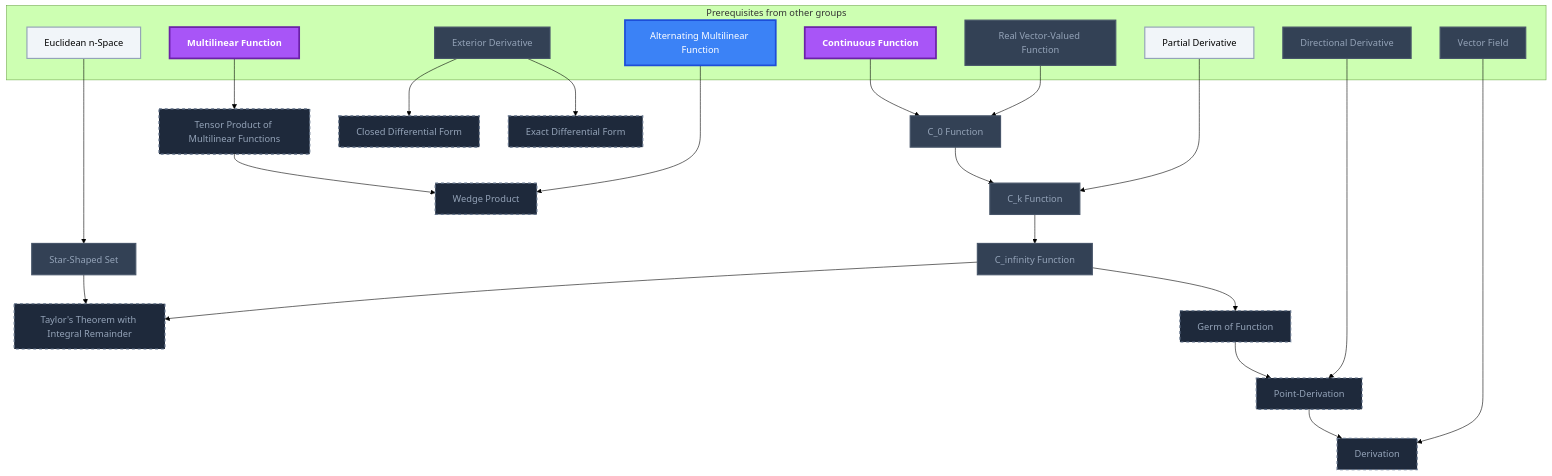
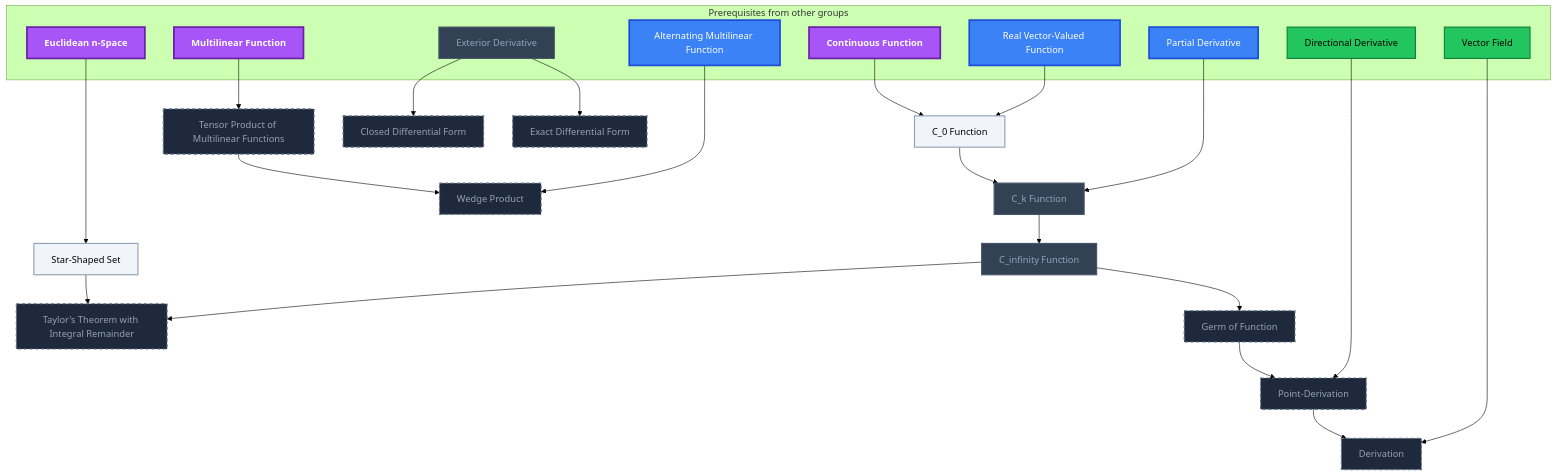
Diagram 12 of 21 in Gamification/Skill Trees/Differential Geometry.md (MRauf1/My-Notes), drawn with Mermaid (forest theme) before and after one commit. The commit also changed other lines of this file and 145 other files, not shown here.

````diff
--- a/Gamification/Skill Trees/Differential Geometry.md
+++ b/Gamification/Skill Trees/Differential Geometry.md
@@ -909,59 +923,60 @@
 ```mermaid
 flowchart TD
     classDef planned fill:#1E293B,stroke:#64748B,stroke-width:2px,stroke-dasharray:5 5,color:#94A3B8;
     classDef locked fill:#334155,stroke:#475569,stroke-width:2px,color:#94A3B8;
     classDef L0 fill:#F1F5F9,stroke:#94A3B8,stroke-width:2px,color:#000000;
     classDef L1 fill:#22C55E,stroke:#15803D,stroke-width:2px,color:#000000;
     classDef L2 fill:#3B82F6,stroke:#1D4ED8,stroke-width:3px,color:#FFFFFF;
     classDef L3 fill:#A855F7,stroke:#6B21A8,stroke-width:3px,color:#FFFFFF,font-weight:bold;
     classDef L4 fill:#F97316,stroke:#C2410C,stroke-width:4px,color:#000000,font-weight:bold;
     classDef L5 fill:#FFD700,stroke:#FF8C00,stroke-width:5px,color:#000000,font-weight:bold;
     classDef rusty stroke:#8B4513,stroke-width:4px,stroke-dasharray:3 3;
     subgraph sg_prereqs["Prerequisites from other groups"]
         n_continuous_function["Continuous Function"]
         n_real_vector_valued_function["Real Vector-Valued Function"]
         n_partial_derivative["Partial Derivative"]
         n_euclidean_n_space["Euclidean n-Space"]
         n_directional_derivative["Directional Derivative"]
         n_vector_field["Vector Field"]
         n_multilinear_function["Multilinear Function"]
         n_alternating_multilinear_function["Alternating Multilinear Function"]
         n_exterior_derivative["Exterior Derivative"]
     end
     n_c_0_function["C_0 Function"]
     n_c_k_function["C_k Function"]
     n_c_infinity_function["C_infinity Function"]
     n_star_shaped_set["Star-Shaped Set"]
     n_taylor_s_theorem_with_integral_remainder["Taylor's Theorem with Integral Remainder"]
     n_germ_of_function["Germ of Function"]
     n_point_derivation["Point-Derivation"]
     n_derivation["Derivation"]
     n_tensor_product_of_multilinear_functions["Tensor Product of Multilinear Functions"]
     n_wedge_product["Wedge Product"]
     n_closed_differential_form["Closed Differential Form"]
     n_exact_differential_form["Exact Differential Form"]
     n_continuous_function --> n_c_0_function
     n_real_vector_valued_function --> n_c_0_function
     n_c_0_function --> n_c_k_function
     n_partial_derivative --> n_c_k_function
     n_c_k_function --> n_c_infinity_function
     n_euclidean_n_space --> n_star_shaped_set
     n_star_shaped_set --> n_taylor_s_theorem_with_integral_remainder
     n_c_infinity_function --> n_taylor_s_theorem_with_integral_remainder
     n_c_infinity_function --> n_germ_of_function
     n_germ_of_function --> n_point_derivation
     n_directional_derivative --> n_point_derivation
     n_point_derivation --> n_derivation
     n_vector_field --> n_derivation
     n_multilinear_function --> n_tensor_product_of_multilinear_functions
     n_tensor_product_of_multilinear_functions --> n_wedge_product
     n_alternating_multilinear_function --> n_wedge_product
     n_exterior_derivative --> n_closed_differential_form
     n_exterior_derivative --> n_exact_differential_form
     class n_taylor_s_theorem_with_integral_remainder,n_germ_of_function,n_point_derivation,n_derivation,n_tensor_product_of_multilinear_functions,n_wedge_product,n_closed_differential_form,n_exact_differential_form planned;
-    class n_real_vector_valued_function,n_directional_derivative,n_vector_field,n_exterior_derivative,n_c_0_function,n_c_k_function,n_c_infinity_function,n_star_shaped_set locked;
-    class n_partial_derivative,n_euclidean_n_space L0;
-    class n_alternating_multilinear_function L2;
-    class n_continuous_function,n_multilinear_function L3;
+    class n_exterior_derivative,n_c_k_function,n_c_infinity_function locked;
+    class n_c_0_function,n_star_shaped_set L0;
+    class n_directional_derivative,n_vector_field L1;
+    class n_real_vector_valued_function,n_partial_derivative,n_alternating_multilinear_function L2;
+    class n_continuous_function,n_euclidean_n_space,n_multilinear_function L3;
     class n_continuous_function,n_real_vector_valued_function,n_partial_derivative,n_euclidean_n_space,n_directional_derivative,n_vector_field,n_multilinear_function,n_alternating_multilinear_function,n_exterior_derivative,n_c_0_function,n_c_k_function,n_c_infinity_function,n_star_shaped_set internal-link;
 ```
````
